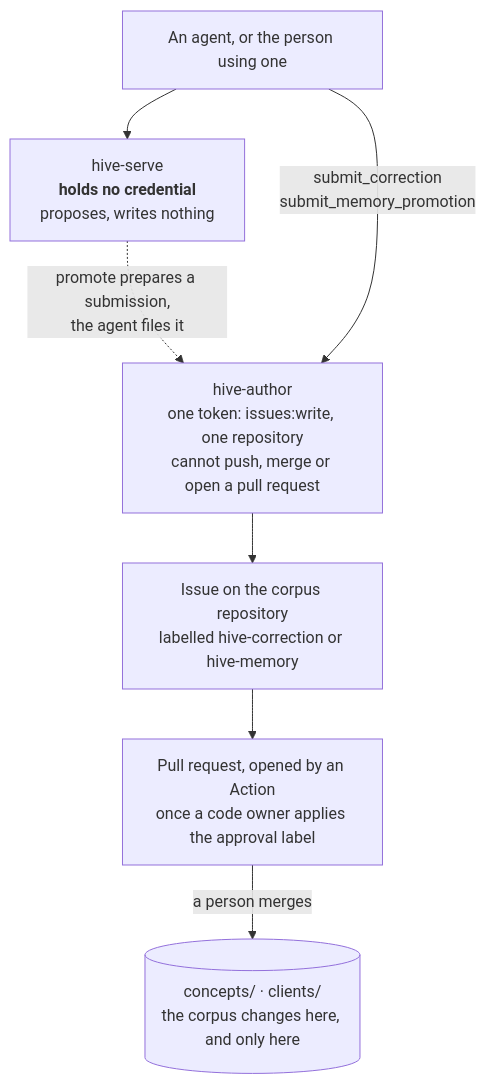
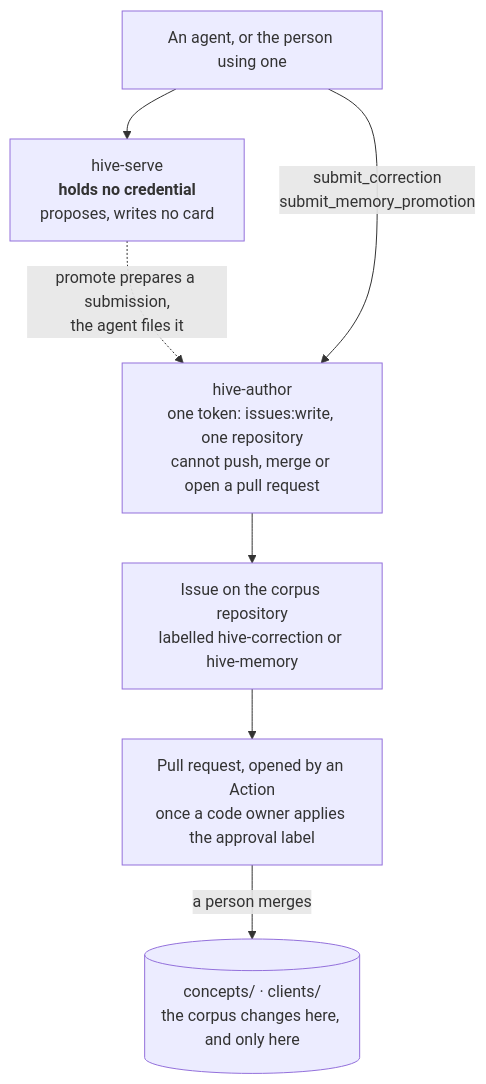
The third of 3 diagrams in docs/concepts/architecture.md (voyagerforge-dev/hive-intelligence), drawn with Mermaid before and after one commit. The commit also changed other lines of this file, not shown here.

Commit message:
no-mistakes(review): docs: correct serve write claim and add REST resolver edge

````diff
--- a/docs/concepts/architecture.md
+++ b/docs/concepts/architecture.md
@@ -183,15 +184,15 @@
 ```mermaid
 flowchart TB
     agent["An agent, or the person using one"]
-    serve["hive-serve<br/><b>holds no credential</b><br/>proposes, writes nothing"]
+    serve["hive-serve<br/><b>holds no credential</b><br/>proposes, writes no card"]
     author["hive-author<br/>one token: issues:write, one repository<br/>cannot push, merge or open a pull request"]
     issue["Issue on the corpus repository<br/>labelled hive-correction or hive-memory"]
     pr["Pull request, opened by an Action<br/>once a code owner applies the approval label"]
     corpus[("concepts/ · clients/<br/>the corpus changes here, and only here")]
 
     agent --> serve
     serve -.->|promote prepares a submission,<br/>the agent files it| author
     agent -->|submit_correction<br/>submit_memory_promotion| author
     author --> issue --> pr
     pr -->|a person merges| corpus
 ```
````
